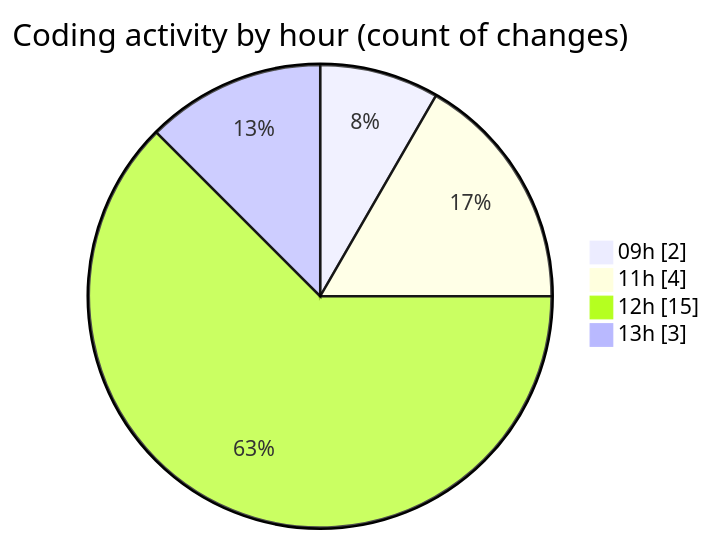
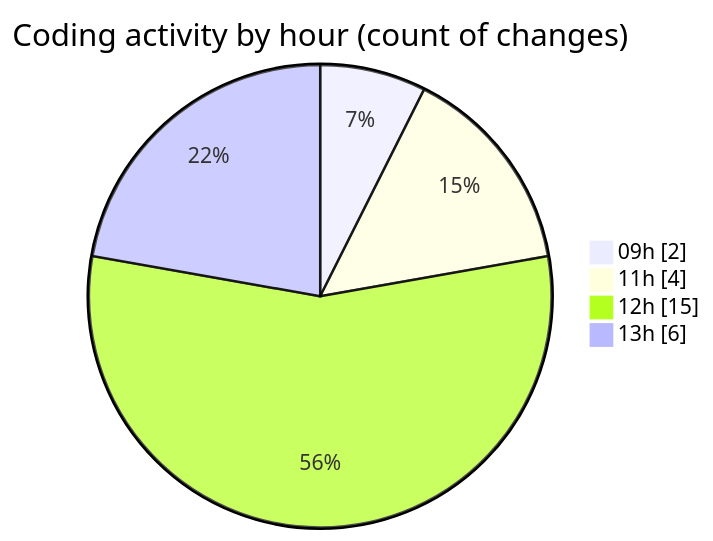
Before and after one commit to Elitesun/code-tracking: the second of 2 diagrams in 2025-04-30/niten/README.md, drawn with Mermaid. The commit also changed other lines of this file and 1 other file, not shown here.

````diff
--- a/2025-04-30/niten/README.md
+++ b/2025-04-30/niten/README.md
@@ -40,8 +40,8 @@
 ```mermaid
 pie showData
 title Coding activity by hour (count of changes)
 "09h" : 2
 "11h" : 4
 "12h" : 15
-"13h" : 3
+"13h" : 6
 ```
````
